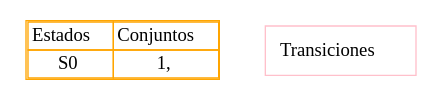
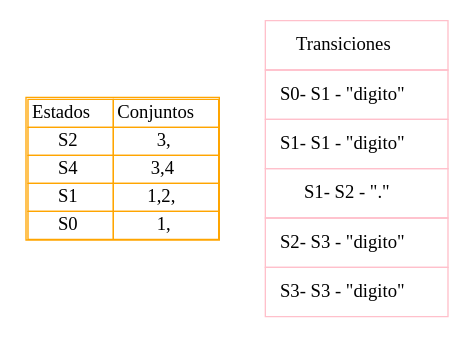
Before and after one commit to Desconocido502/OLC1-proyecto1-201902502: the diagram in src/TRANSICIONES_201902502/decimales.dot, drawn with Graphviz. The commit also changed 29 other files, not shown here.

```diff
--- a/src/TRANSICIONES_201902502/decimales.dot
+++ b/src/TRANSICIONES_201902502/decimales.dot
@@ -1,17 +1,25 @@
 digraph G{
 tbl [
 shape=plaintext
 label=<
 <table color='orange' cellspacing='0'>
 <tr><td>Estados</td><td>Conjuntos</td></tr>
+<tr><td>S2</td><td>3,</td></tr>
+<tr><td>S4</td><td>3,4</td></tr>
+<tr><td>S1</td><td>1,2,</td></tr>
 <tr><td>S0</td><td>1,</td></tr>
 </table>
 >];
 tb2 [
 shape=plaintext
 label=<
  <table color='pink' border='0' cellborder='1' cellpadding='10' cellspacing='0'>
 <tr><td>Transiciones</td></tr>
+<tr><td>S0- S1 - "digito"</td></tr>
+<tr><td>S1- S1 - "digito"</td></tr>
+<tr><td>S1- S2 - "."</td></tr>
+<tr><td>S2- S3 - "digito"</td></tr>
+<tr><td>S3- S3 - "digito"</td></tr>
 </table>
 >];
 }
```
